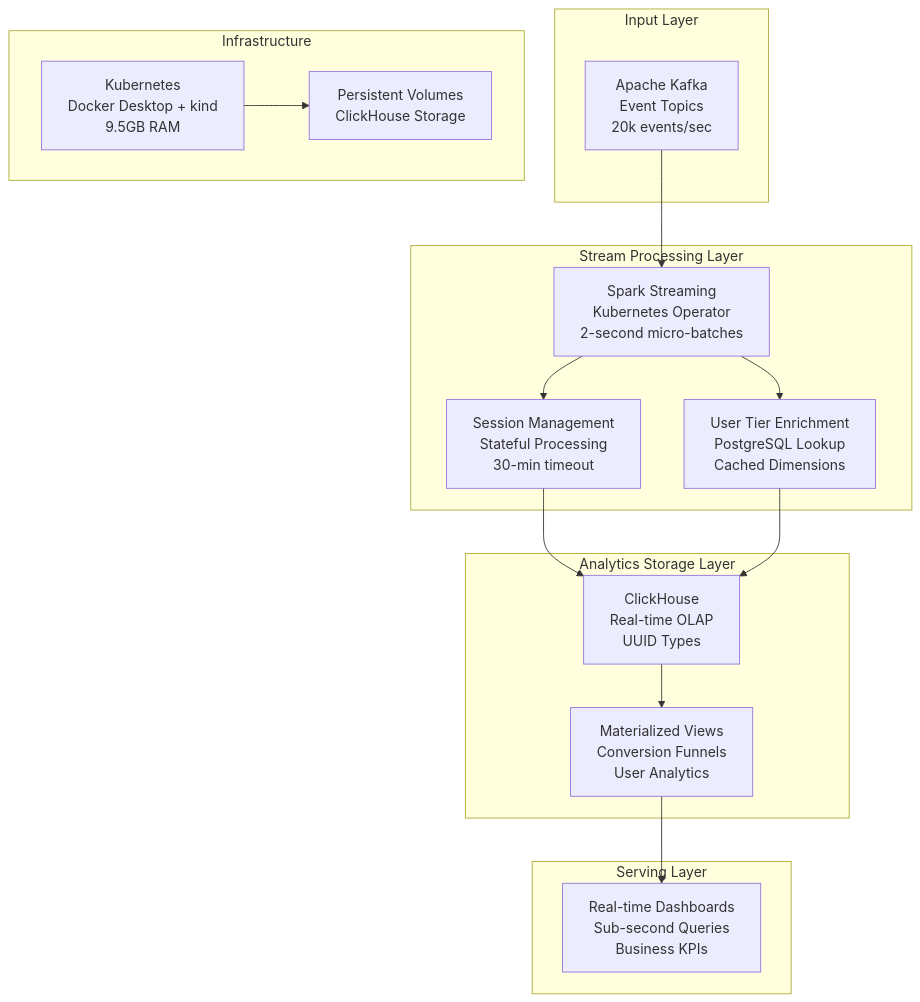
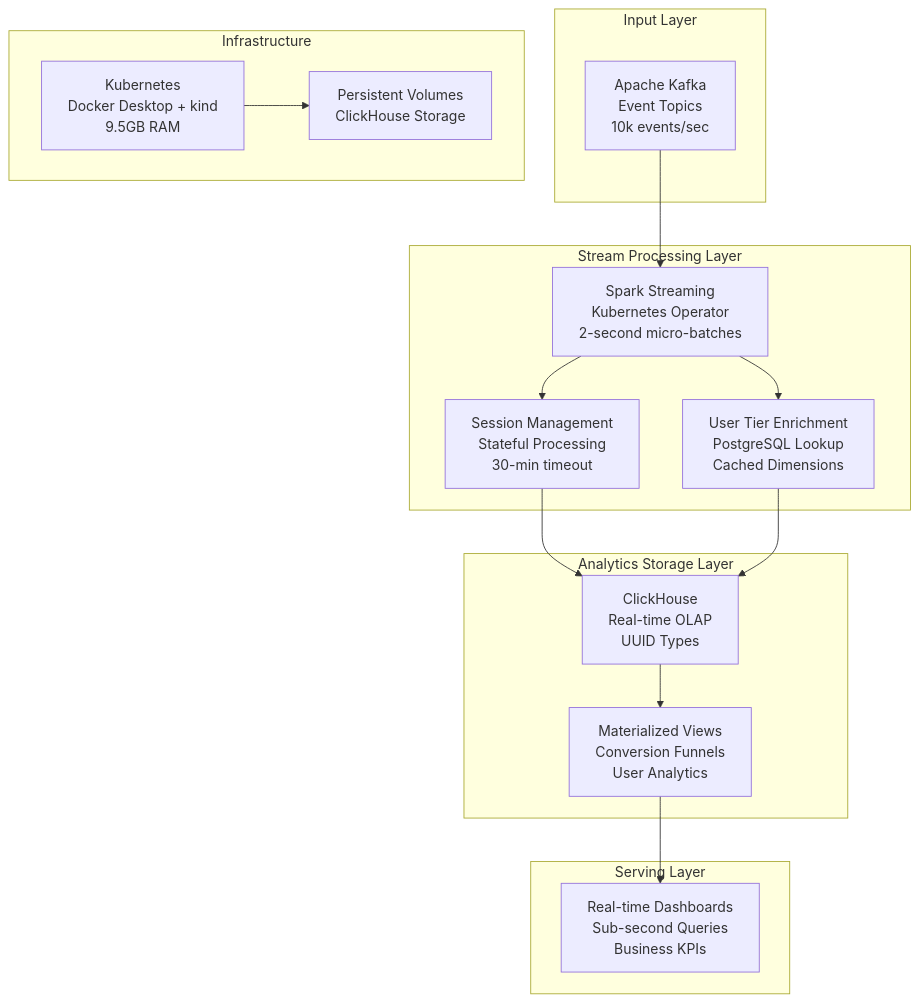
Before and after one commit to mohidmakhdoomi/DataPipe: the diagram in .kiro/specs/realtime-analytics-speed-layer/design.md, drawn with Mermaid. The commit also changed other lines of this file and 3 other files, not shown here.

````diff
--- a/.kiro/specs/realtime-analytics-speed-layer/design.md
+++ b/.kiro/specs/realtime-analytics-speed-layer/design.md
@@ -16,36 +16,36 @@
 ```mermaid
 graph TB
     subgraph "Input Layer"
-        KAFKA[Apache Kafka<br/>Event Topics<br/>20k events/sec]
+        KAFKA[Apache Kafka<br/>Event Topics<br/>10k events/sec]
     end
     
     subgraph "Stream Processing Layer"
         SPARK[Spark Streaming<br/>Kubernetes Operator<br/>2-second micro-batches]
         SESSION[Session Management<br/>Stateful Processing<br/>30-min timeout]
         ENRICH[User Tier Enrichment<br/>PostgreSQL Lookup<br/>Cached Dimensions]
     end
     
     subgraph "Analytics Storage Layer"
         CH[ClickHouse<br/>Real-time OLAP<br/>UUID Types]
         MV[Materialized Views<br/>Conversion Funnels<br/>User Analytics]
     end
     
     subgraph "Serving Layer"
         DASH[Real-time Dashboards<br/>Sub-second Queries<br/>Business KPIs]
     end
     
     subgraph "Infrastructure"
         K8S[Kubernetes<br/>Docker Desktop + kind<br/>9.5GB RAM]
         PV[Persistent Volumes<br/>ClickHouse Storage]
     end
     
     KAFKA --> SPARK
     SPARK --> SESSION
     SPARK --> ENRICH
     SESSION --> CH
     ENRICH --> CH
     CH --> MV
     MV --> DASH
     
     K8S --> PV
 ```
````
